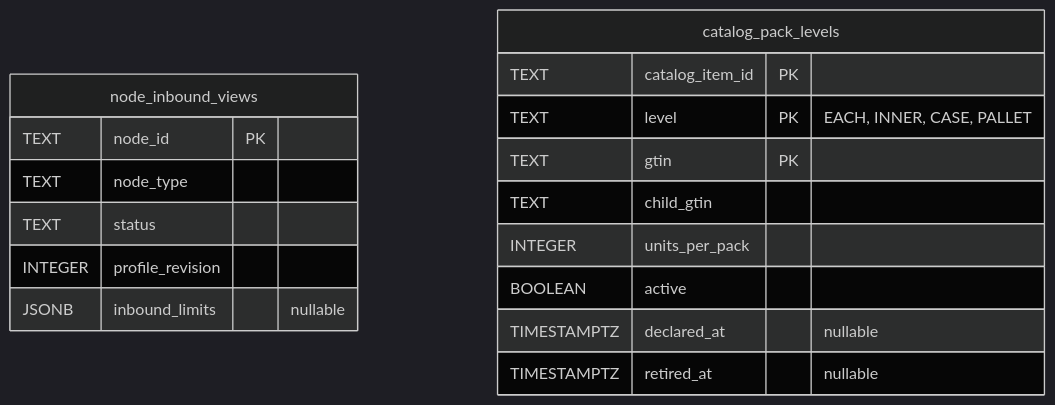
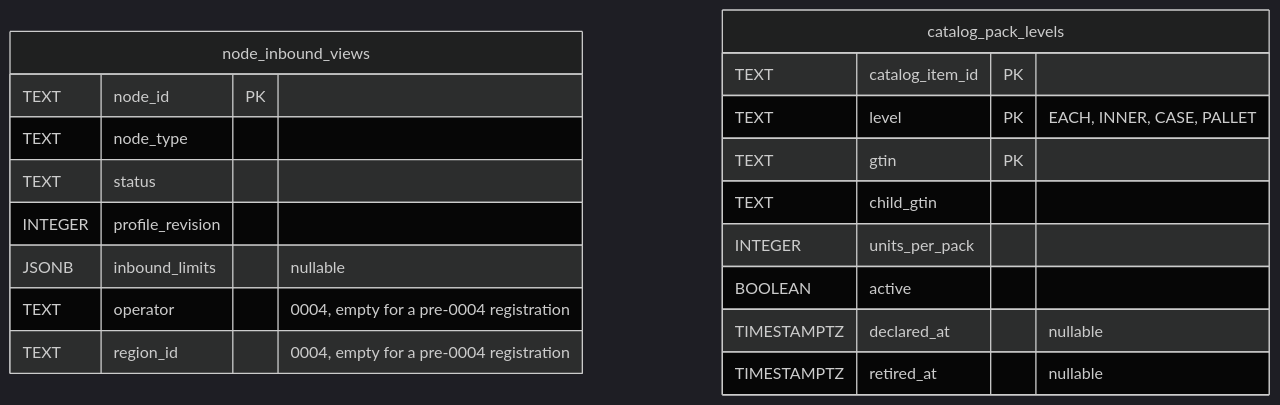
One commit to IQVO/seller-inbound changed the third of 6 diagrams in docs/docs/ddd/entity-relationship.md. Above: the diagram before and after it, drawn with Mermaid (dark theme). The commit also changed other lines of this file and 9 other files, not shown here.

````diff
--- a/docs/docs/ddd/entity-relationship.md
+++ b/docs/docs/ddd/entity-relationship.md
@@ -72,20 +73,22 @@
 ```mermaid
 erDiagram
     node_inbound_views {
         TEXT node_id PK
         TEXT node_type
         TEXT status
         INTEGER profile_revision
         JSONB inbound_limits "nullable"
+        TEXT operator "0004, empty for a pre-0004 registration"
+        TEXT region_id "0004, empty for a pre-0004 registration"
     }
     catalog_pack_levels {
         TEXT catalog_item_id PK
         TEXT level PK "EACH, INNER, CASE, PALLET"
         TEXT gtin PK
         TEXT child_gtin
         INTEGER units_per_pack
         BOOLEAN active
         TIMESTAMPTZ declared_at "nullable"
         TIMESTAMPTZ retired_at "nullable"
     }
 ```
````
